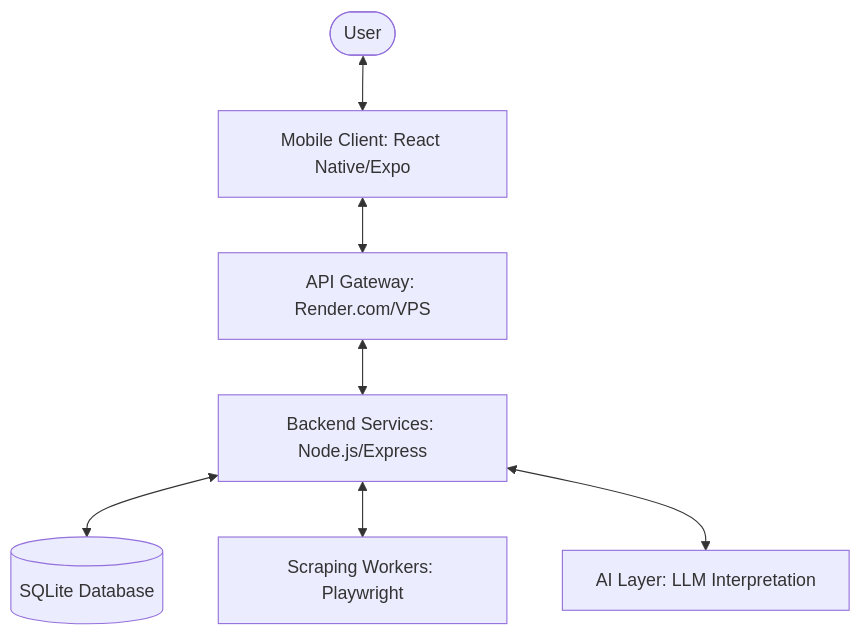
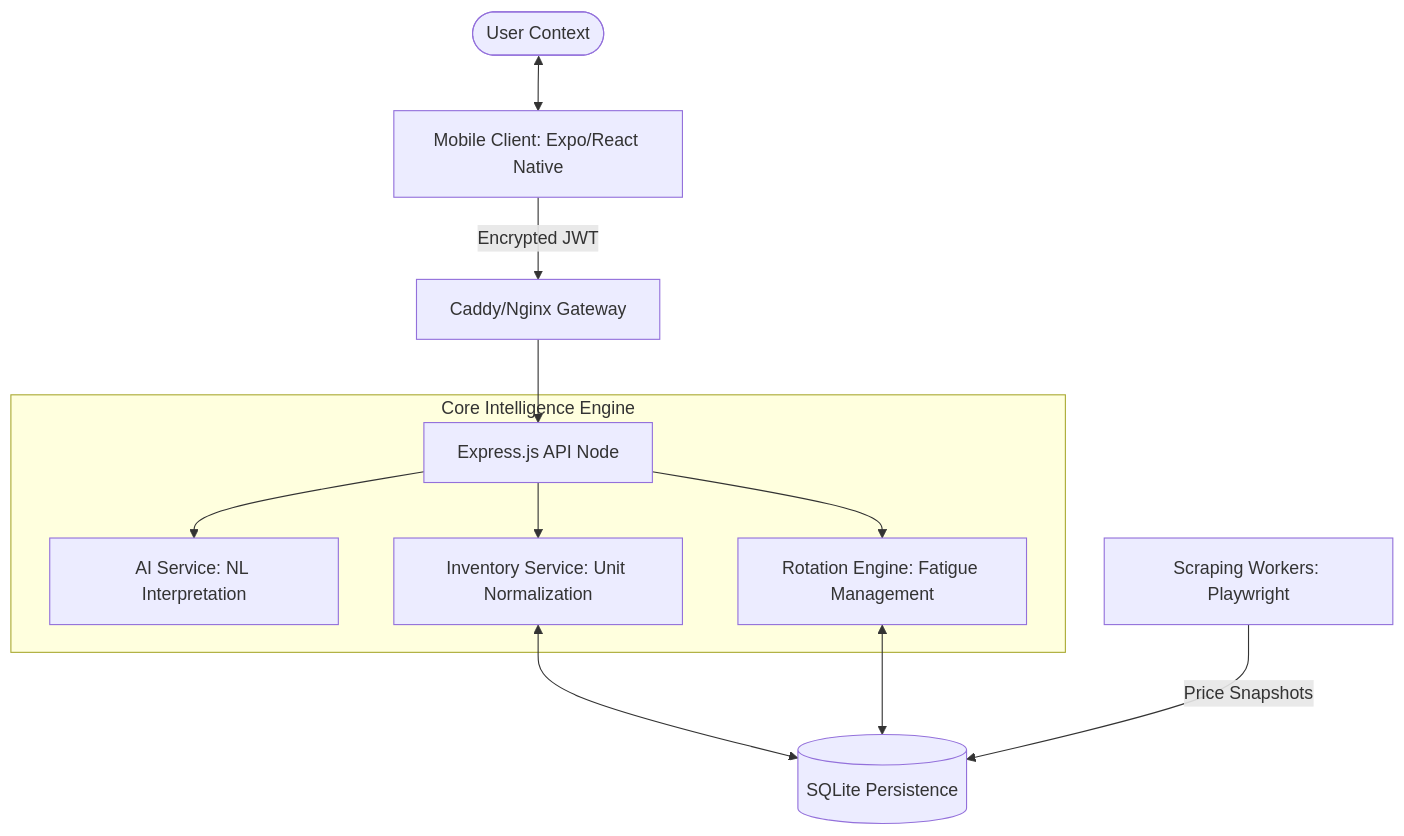
Before and after one commit to dylanmarriner/PantryPilot: the diagram in README.md, drawn with Mermaid. The commit also changed other lines of this file and 2 other files, not shown here.

````diff
--- a/README.md
+++ b/README.md
@@ -26,9 +19,23 @@
 ```mermaid
 graph TD
-    User([User]) <--> Mobile[Mobile Client: React Native/Expo]
-    Mobile <--> API[API Gateway: Render.com/VPS]
-    API <--> Backend[Backend Services: Node.js/Express]
-    Backend <--> DB[(SQLite Database)]
-    Backend <--> Workers[Scraping Workers: Playwright]
-    Backend <--> AI[AI Layer: LLM Interpretation]
+    %% Clients
+    User([User Context]) <--> Mobile[Mobile Client: Expo/React Native]
+
+    %% Gateway/Auth
+    Mobile -- "Encrypted JWT" --> Proxy[Caddy/Nginx Gateway]
+    Proxy --> Backend[Express.js API Node]
+
+    %% Logic Layers
+    subgraph "Core Intelligence Engine"
+        Backend --> AI[AI Service: NL Interpretation]
+        Backend --> Lunch[Rotation Engine: Fatigue Management]
+        Backend --> Inv[Inventory Service: Unit Normalization]
+    end
+
+    %% Persistence
+    Inv <--> DB[(SQLite Persistence)]
+    Lunch <--> DB
+
+    %% Background Workers
+    Workers[Scraping Workers: Playwright] -- "Price Snapshots" --> DB
 ```
````
